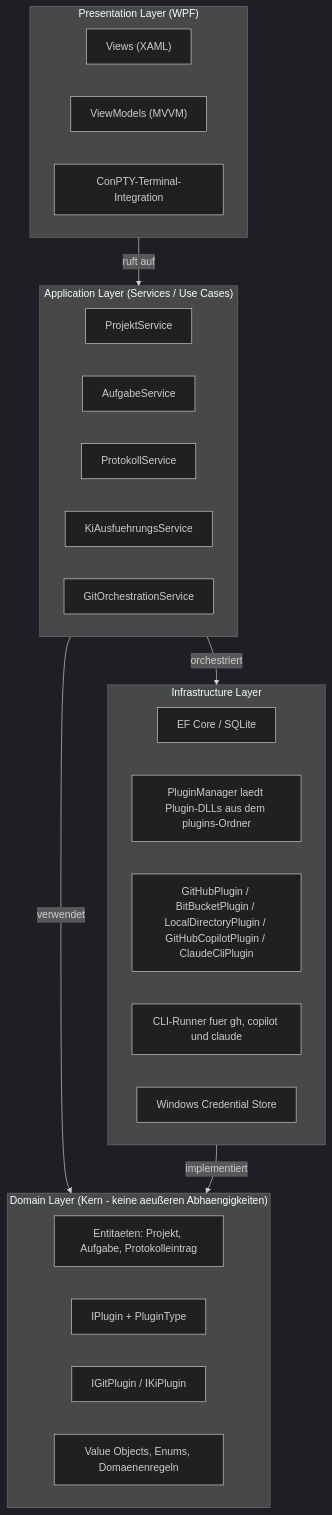
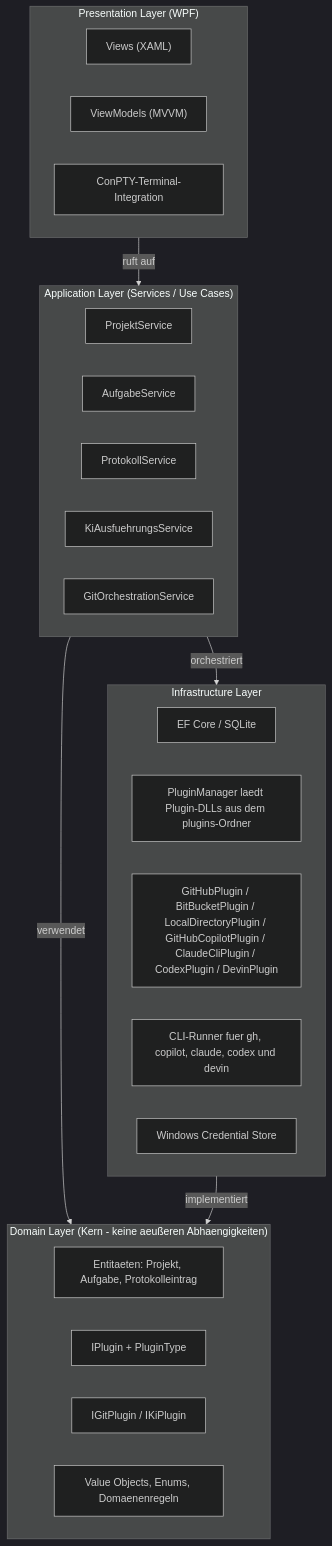
The diagram in README.md (martin-stromberg/Softwareschmiede), drawn with Mermaid (dark theme) before and after one commit. The commit also changed other lines of this file and 23 other files, not shown here.

Commit message:
feat: Devin CLI Plugin hinzufuegen

````diff
--- a/README.md
+++ b/README.md
@@ -411,36 +423,36 @@
 ```mermaid
 flowchart TB
     subgraph Presentation["Presentation Layer (WPF)"]
         PRL1["Views (XAML)"]
         PRL2["ViewModels (MVVM)"]
         PRL3["ConPTY-Terminal-Integration"]
     end
 
     subgraph Application["Application Layer (Services / Use Cases)"]
         APL1["ProjektService"]
         APL2["AufgabeService"]
         APL3["ProtokollService"]
         APL4["KiAusfuehrungsService"]
         APL5["GitOrchestrationService"]
     end
 
     subgraph Domain["Domain Layer (Kern - keine aeußeren Abhaengigkeiten)"]
         DOL1["Entitaeten: Projekt, Aufgabe, Protokolleintrag"]
         DOL2["IPlugin + PluginType"]
         DOL3["IGitPlugin / IKiPlugin"]
         DOL4["Value Objects, Enums, Domaenenregeln"]
     end
  
     subgraph Infrastructure["Infrastructure Layer"]
         INL1["EF Core / SQLite"]
         INL2["PluginManager laedt Plugin-DLLs aus dem plugins-Ordner"]
-        INL3["GitHubPlugin / BitBucketPlugin / LocalDirectoryPlugin / GitHubCopilotPlugin / ClaudeCliPlugin"]
-        INL4["CLI-Runner fuer gh, copilot und claude"]
+        INL3["GitHubPlugin / BitBucketPlugin / LocalDirectoryPlugin / GitHubCopilotPlugin / ClaudeCliPlugin / CodexPlugin / DevinPlugin"]
+        INL4["CLI-Runner fuer gh, copilot, claude, codex und devin"]
         INL5["Windows Credential Store"]
     end
 
     Presentation -->|ruft auf| Application
     Application -->|verwendet| Domain
     Application -->|orchestriert| Infrastructure
     Infrastructure -->|implementiert| Domain
 ```
````
